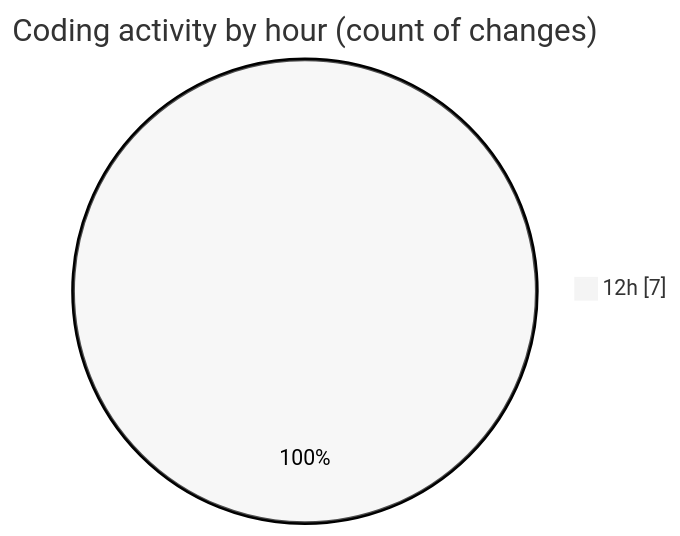
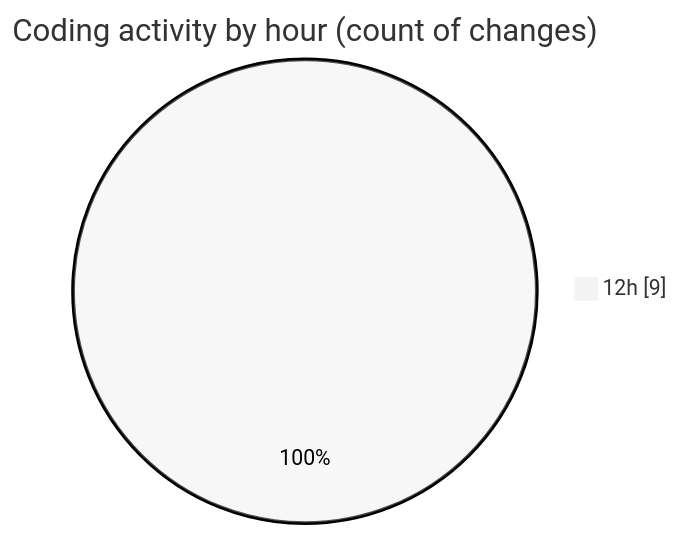
One commit to BS-eng2023/code-tracking changed the second of 2 diagrams in 2025-03-27/vms-backend/README.md. Above: the diagram before and after it, drawn with Mermaid (neutral theme). The commit also changed other lines of this file and 1 other file, not shown here.

````diff
--- a/2025-03-27/vms-backend/README.md
+++ b/2025-03-27/vms-backend/README.md
@@ -32,5 +33,5 @@
 ```mermaid
 pie showData
 title Coding activity by hour (count of changes)
-"12h" : 7
+"12h" : 9
 ```
````
